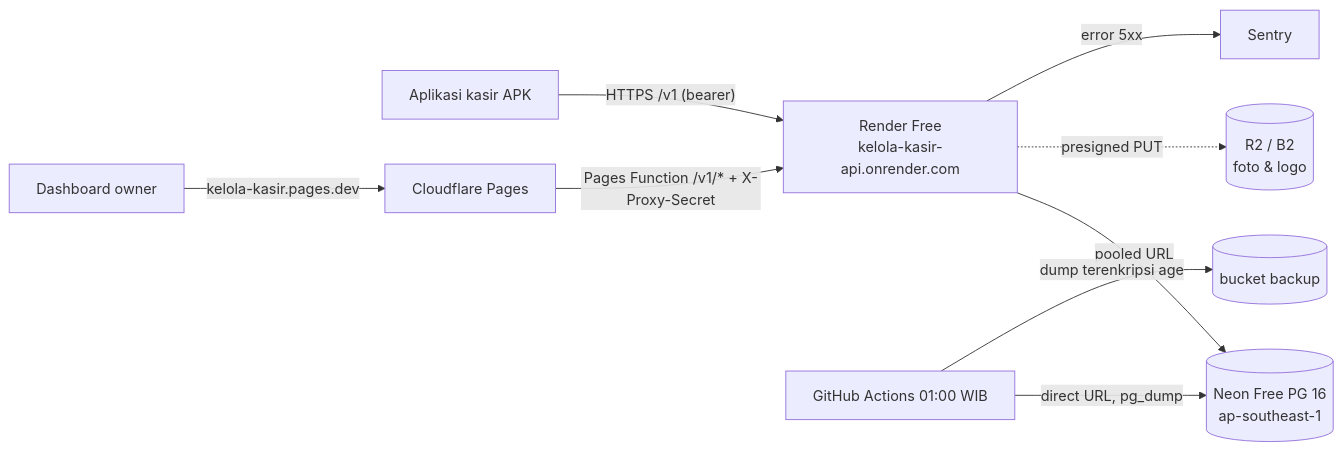
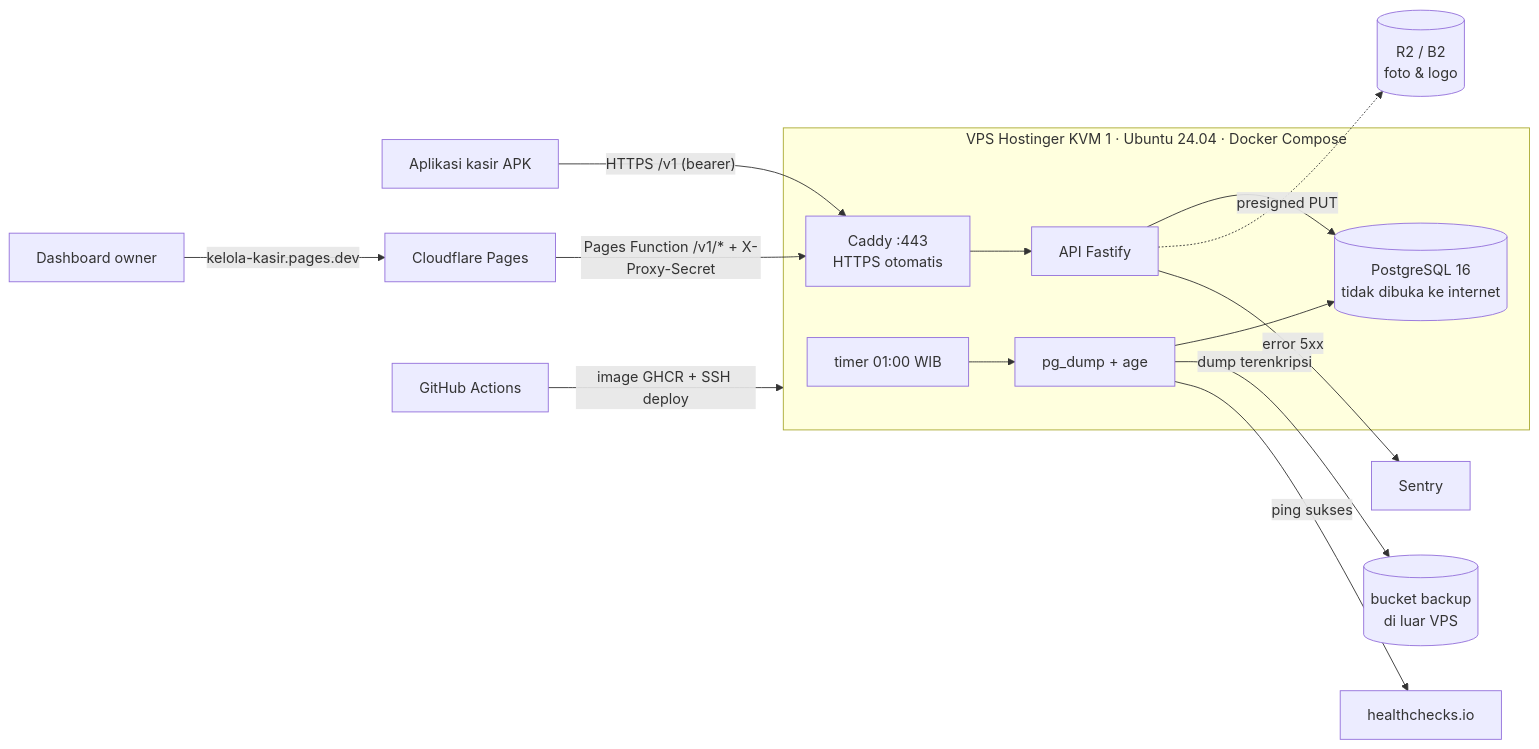
The diagram in docs/ops/deploy.md (simanjuntakalbert57/kelola-kasir), drawn with Mermaid before and after one commit. The commit also changed other lines of this file and 28 other files, not shown here.

First line of the commit message:
feat(ops): deploy API + PostgreSQL to a Hostinger VPS (ADR-0012, DEAR-19)

````diff
--- a/docs/ops/deploy.md
+++ b/docs/ops/deploy.md
@@ -9,11 +9,17 @@
 ```mermaid
 flowchart LR
-  HP[Aplikasi kasir APK] -- "HTTPS /v1 (bearer)" --> API
+  HP[Aplikasi kasir APK] -- "HTTPS /v1 (bearer)" --> Caddy
   Browser[Dashboard owner] -- "kelola-kasir.pages.dev" --> Pages[Cloudflare Pages]
-  Pages -- "Pages Function /v1/* + X-Proxy-Secret" --> API[Render Free<br/>kelola-kasir-api.onrender.com]
-  API -- "pooled URL" --> Neon[(Neon Free PG 16<br/>ap-southeast-1)]
+  Pages -- "Pages Function /v1/* + X-Proxy-Secret" --> Caddy
+  subgraph VPS[VPS Hostinger KVM 1 · Ubuntu 24.04 · Docker Compose]
+    Caddy[Caddy :443<br/>HTTPS otomatis] --> API[API Fastify]
+    API --> DB[(PostgreSQL 16<br/>tidak dibuka ke internet)]
+    Timer[timer 01:00 WIB] --> Backup[pg_dump + age]
+    Backup --> DB
+  end
   API -. "presigned PUT" .-> R2[(R2 / B2<br/>foto & logo)]
-  GHA[GitHub Actions 01:00 WIB] -- "direct URL, pg_dump" --> Neon
-  GHA -- "dump terenkripsi age" --> R2b[(bucket backup)]
+  Backup -- "dump terenkripsi" --> R2b[(bucket backup<br/>di luar VPS)]
+  Backup -- "ping sukses" --> HC[healthchecks.io]
+  GHA[GitHub Actions] -- "image GHCR + SSH deploy" --> VPS
   API -- "error 5xx" --> Sentry
 ```
````
